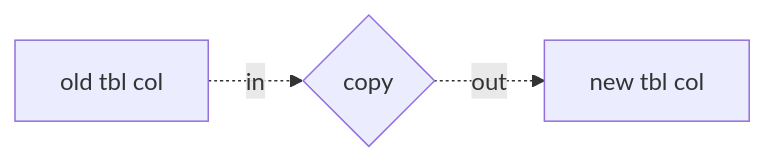
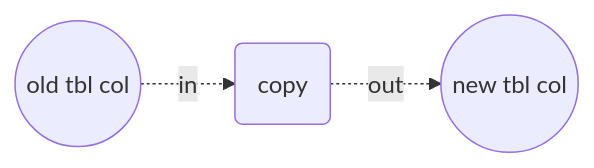
The diagram in _posts/2022-11-02-column-transformations-with-t-sql.md (Heinzad/heinzad.github.io), drawn with Mermaid before and after one commit.

Commit message:
Post 20221102 commit 0920

````diff
--- a/_posts/2022-11-02-column-transformations-with-t-sql.md
+++ b/_posts/2022-11-02-column-transformations-with-t-sql.md
@@ -11,5 +11,5 @@
 ```mermaid 
 graph LR; 
-A[old tbl col]-.->|in| T{copy}; 
-T-.->|out| B[new tbl col];
+A((old tbl col))-.->|in| T(copy); 
+T-.->|out| B((new tbl col));
 ``` 
````
